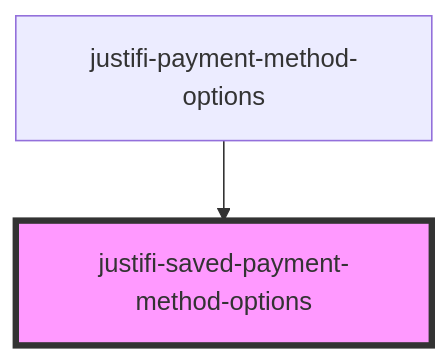
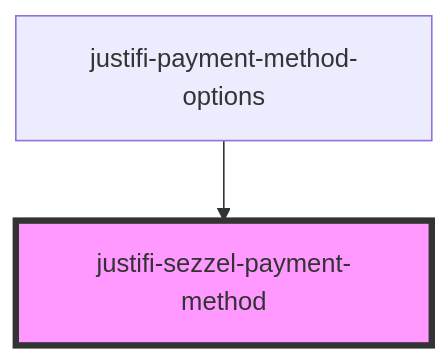
Before and after one commit to justifi-tech/web-component-library: the diagram in packages/webcomponents/src/components/checkout/readme.md, drawn with Mermaid. The commit also changed other lines of this file and 5 other files, not shown here.

````diff
--- a/packages/webcomponents/src/components/checkout/readme.md
+++ b/packages/webcomponents/src/components/checkout/readme.md
@@ -62,5 +78,5 @@
 ```mermaid
 graph TD;
-  justifi-payment-method-options --> justifi-saved-payment-method-options
-  style justifi-saved-payment-method-options fill:#f9f,stroke:#333,stroke-width:4px
+  justifi-payment-method-options --> justifi-sezzel-payment-method
+  style justifi-sezzel-payment-method fill:#f9f,stroke:#333,stroke-width:4px
 ```
````
